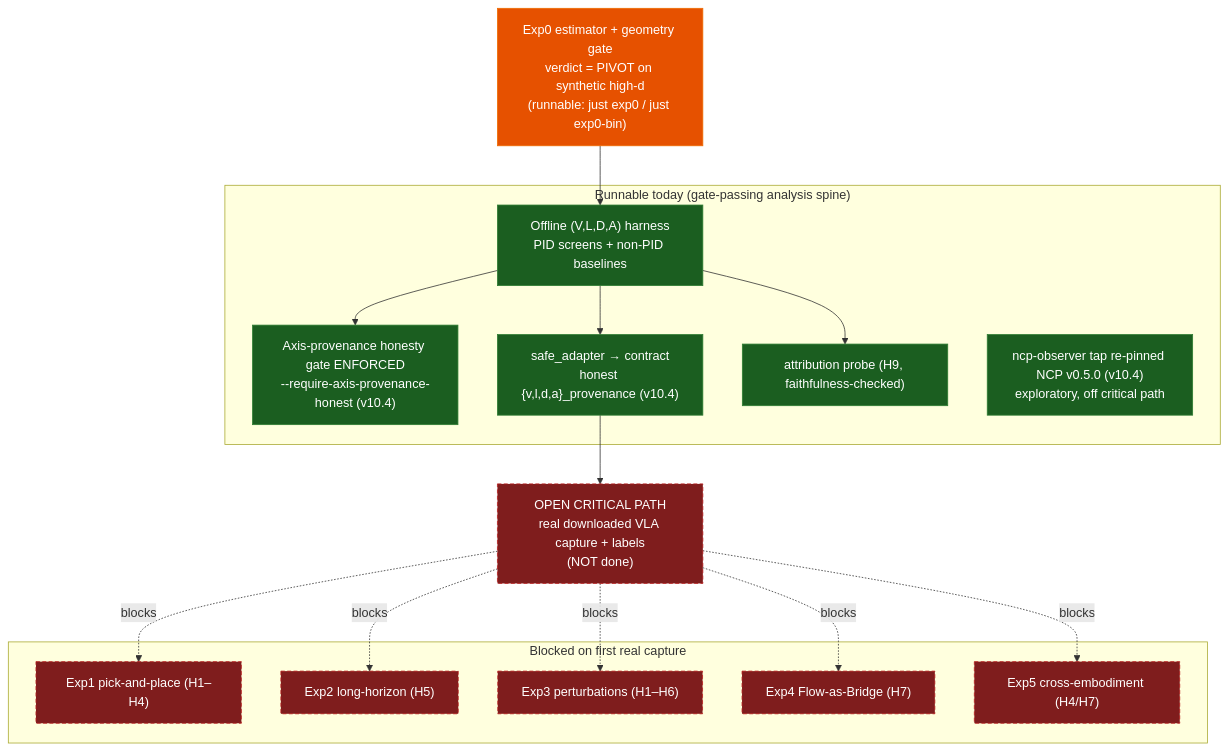
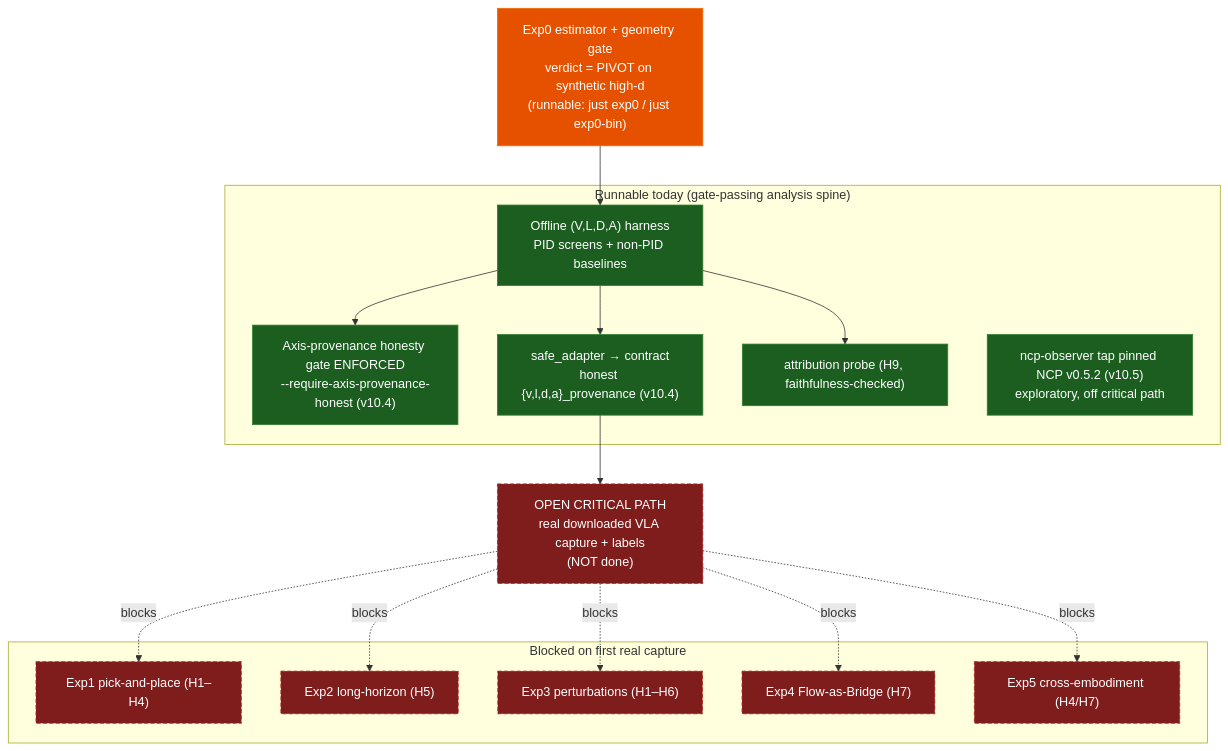
Before and after one commit to sepahead/prisoma: the first of 18 diagrams in DIAGRAMS.md, drawn with Mermaid. The commit also changed 16 other files, not shown here.

````diff
--- a/DIAGRAMS.md
+++ b/DIAGRAMS.md
@@ -22,33 +22,33 @@
 ```mermaid
 flowchart TD
     classDef run fill:#1b5e20,stroke:#2e7d32,color:#fff;
     classDef gate fill:#e65100,stroke:#ef6c00,color:#fff;
     classDef blocked fill:#7f1d1d,stroke:#b71c1c,color:#fff,stroke-dasharray:5 3;
 
     Exp0["Exp0 estimator + geometry gate<br/>verdict = PIVOT on synthetic high-d<br/>(runnable: just exp0 / just exp0-bin)"]:::gate
 
     subgraph Today["Runnable today (gate-passing analysis spine)"]
         Harness["Offline (V,L,D,A) harness<br/>PID screens + non-PID baselines"]:::run
         ProvGate["Axis-provenance honesty gate ENFORCED<br/>--require-axis-provenance-honest (v10.4)"]:::run
         Adapter["safe_adapter → contract<br/>honest {v,l,d,a}_provenance (v10.4)"]:::run
         Attr["attribution probe (H9, faithfulness-checked)"]:::run
-        Obs["ncp-observer tap re-pinned NCP v0.5.0 (v10.4)<br/>exploratory, off critical path"]:::run
+        Obs["ncp-observer tap pinned NCP v0.5.2 (v10.5)<br/>exploratory, off critical path"]:::run
     end
 
     Capture["OPEN CRITICAL PATH<br/>real downloaded VLA capture + labels<br/>(NOT done)"]:::blocked
 
     subgraph Blocked["Blocked on first real capture"]
         E1["Exp1 pick-and-place (H1–H4)"]:::blocked
         E2["Exp2 long-horizon (H5)"]:::blocked
         E3["Exp3 perturbations (H1–H6)"]:::blocked
         E4["Exp4 Flow-as-Bridge (H7)"]:::blocked
         E5["Exp5 cross-embodiment (H4/H7)"]:::blocked
     end
 
     Exp0 --> Harness
     Harness --> ProvGate
     Harness --> Adapter
     Harness --> Attr
     Adapter --> Capture
     Capture -. blocks .-> E1 & E2 & E3 & E4 & E5
 ```
````
